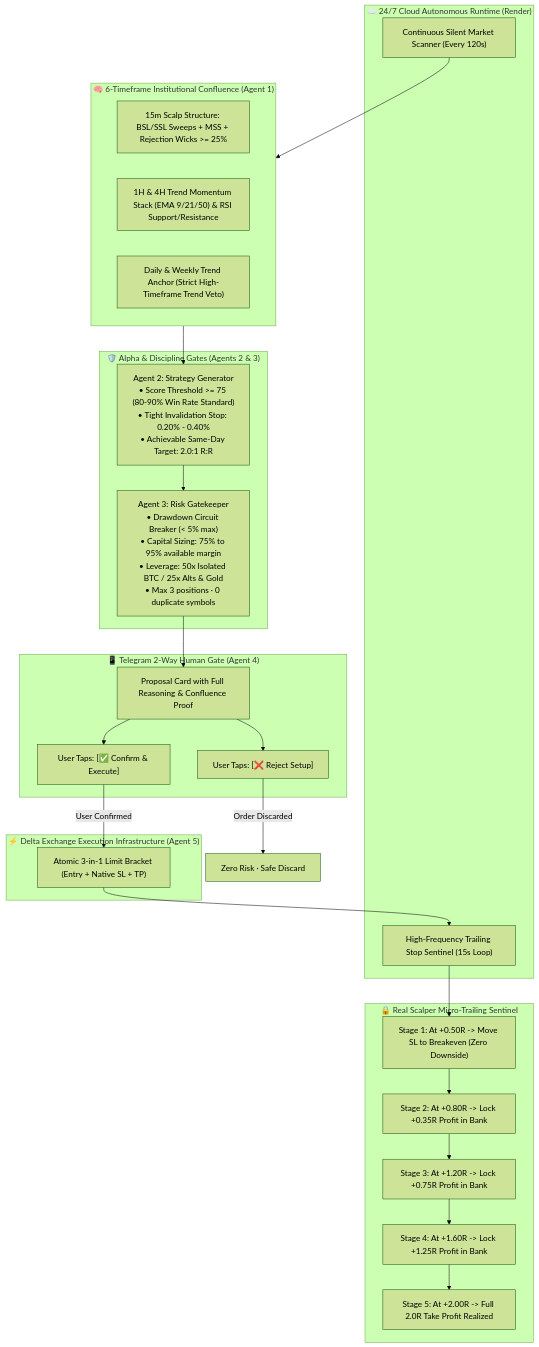
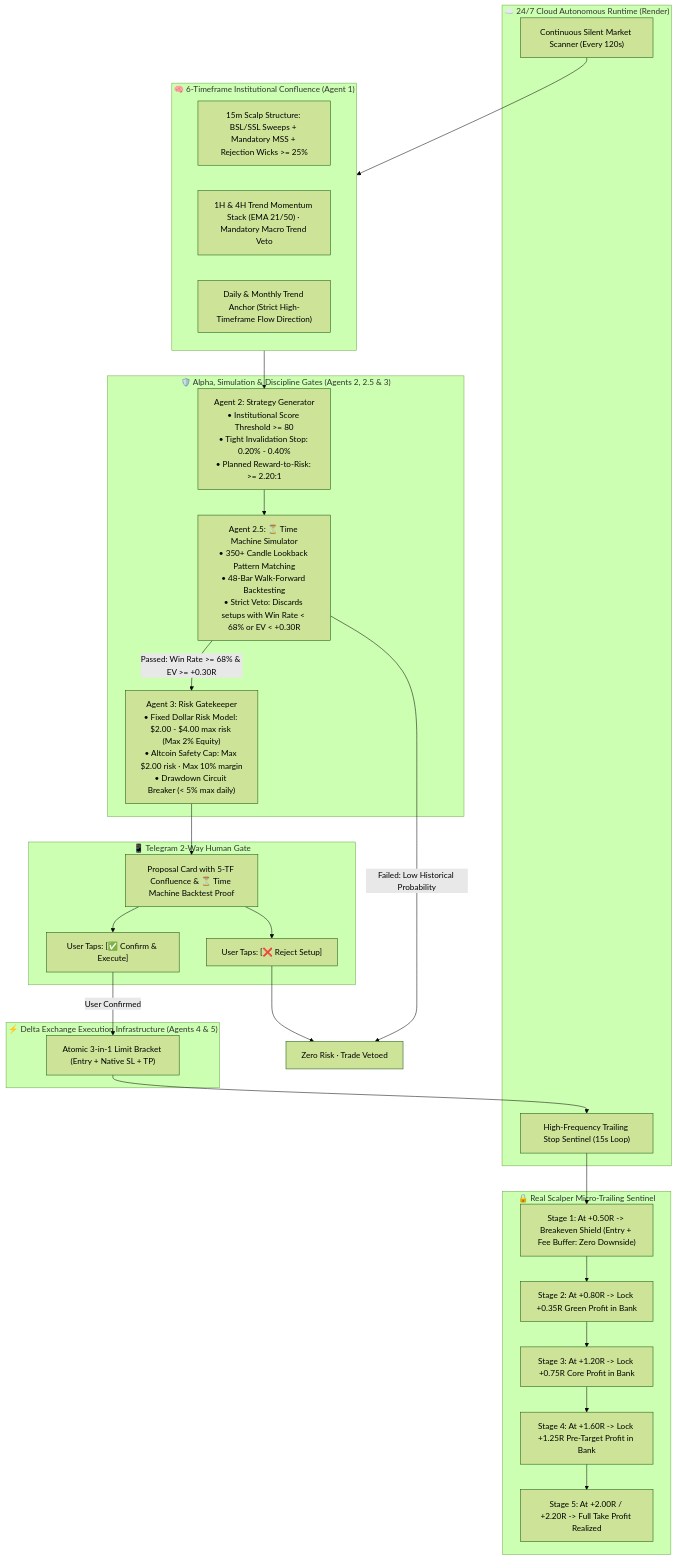
The diagram in README.md (mohitxhkr/Multi_agent_trading_bot), drawn with Mermaid (forest theme) before and after one commit. The commit also changed other lines of this file and 5 other files, not shown here.

Commit message:
docs: update downloadable architecture PNG (2400x1550) with Agent 2.5 Time Machine Simulator, update README, and push to GitHub

````diff
--- a/README.md
+++ b/README.md
@@ -36,51 +36,54 @@
 ```mermaid
 flowchart TD
     subgraph Cloud ["☁️ 24/7 Cloud Autonomous Runtime (Render)"]
         Scanner["Continuous Silent Market Scanner (Every 120s)"]
         Sentinel["High-Frequency Trailing Stop Sentinel (15s Loop)"]
     end
 
     subgraph Analyst ["🧠 6-Timeframe Institutional Confluence (Agent 1)"]
-        M15["15m Scalp Structure: BSL/SSL Sweeps + MSS + Rejection Wicks >= 25%"]
-        H1_H4["1H & 4H Trend Momentum Stack (EMA 9/21/50) & RSI Support/Resistance"]
-        D1_W1["Daily & Weekly Trend Anchor (Strict High-Timeframe Trend Veto)"]
+        M15["15m Scalp Structure: BSL/SSL Sweeps + Mandatory MSS + Rejection Wicks >= 25%"]
+        H1_H4["1H & 4H Trend Momentum Stack (EMA 21/50) · Mandatory Macro Trend Veto"]
+        D1_W1["Daily & Monthly Trend Anchor (Strict High-Timeframe Flow Direction)"]
     end
 
-    subgraph StrategyRisk ["🛡️ Alpha & Discipline Gates (Agents 2 & 3)"]
-        Strategy["Agent 2: Strategy Generator<br/>• Score Threshold >= 75 (80-90% Win Rate Standard)<br/>• Tight Invalidation Stop: 0.20% - 0.40%<br/>• Achievable Same-Day Target: 2.0:1 R:R"]
-        Risk["Agent 3: Risk Gatekeeper<br/>• Drawdown Circuit Breaker (< 5% max)<br/>• Capital Sizing: 75% to 95% available margin<br/>• Leverage: 50x Isolated BTC / 25x Alts & Gold<br/>• Max 3 positions · 0 duplicate symbols"]
+    subgraph StrategyRisk ["🛡️ Alpha, Simulation & Discipline Gates (Agents 2, 2.5 & 3)"]
+        Strategy["Agent 2: Strategy Generator<br/>• Institutional Score Threshold >= 80<br/>• Tight Invalidation Stop: 0.20% - 0.40%<br/>• Planned Reward-to-Risk: >= 2.20:1"]
+        TimeMachine["Agent 2.5: ⏳ Time Machine Simulator<br/>• 350+ Candle Lookback Pattern Matching<br/>• 48-Bar Walk-Forward Backtesting<br/>• Strict Veto: Discards setups with Win Rate < 68% or EV < +0.30R"]
+        Risk["Agent 3: Risk Gatekeeper<br/>• Fixed Dollar Risk Model: $2.00 - $4.00 max risk (Max 2% Equity)<br/>• Altcoin Safety Cap: Max $2.00 risk · Max 10% margin<br/>• Drawdown Circuit Breaker (< 5% max daily)"]
     end
 
-    subgraph TelegramGate ["📱 Telegram 2-Way Human Gate (Agent 4)"]
-        TG["Proposal Card with Full Reasoning & Confluence Proof"]
+    subgraph TelegramGate ["📱 Telegram 2-Way Human Gate"]
+        TG["Proposal Card with 5-TF Confluence & ⏳ Time Machine Backtest Proof"]
         Confirm["User Taps: [✅ Confirm & Execute]"]
         Reject["User Taps: [❌ Reject Setup]"]
     end
 
-    subgraph ExecutionBroker ["⚡ Delta Exchange Execution Infrastructure (Agent 5)"]
+    subgraph ExecutionBroker ["⚡ Delta Exchange Execution Infrastructure (Agents 4 & 5)"]
         Delta["Atomic 3-in-1 Limit Bracket (Entry + Native SL + TP)"]
     end
 
     subgraph TrailingShield ["🔒 Real Scalper Micro-Trailing Sentinel"]
-        M1["Stage 1: At +0.50R -> Move SL to Breakeven (Zero Downside)"]
-        M2["Stage 2: At +0.80R -> Lock +0.35R Profit in Bank"]
-        M3["Stage 3: At +1.20R -> Lock +0.75R Profit in Bank"]
-        M4["Stage 4: At +1.60R -> Lock +1.25R Profit in Bank"]
-        M5["Stage 5: At +2.00R -> Full 2.0R Take Profit Realized"]
+        M1["Stage 1: At +0.50R -> Breakeven Shield (Entry + Fee Buffer: Zero Downside)"]
+        M2["Stage 2: At +0.80R -> Lock +0.35R Green Profit in Bank"]
+        M3["Stage 3: At +1.20R -> Lock +0.75R Core Profit in Bank"]
+        M4["Stage 4: At +1.60R -> Lock +1.25R Pre-Target Profit in Bank"]
+        M5["Stage 5: At +2.00R / +2.20R -> Full Take Profit Realized"]
     end
 
     Scanner --> Analyst
     Analyst --> Strategy
-    Strategy --> Risk
+    Strategy --> TimeMachine
+    TimeMachine -->|Passed: Win Rate >= 68% & EV >= +0.30R| Risk
+    TimeMachine -->|Failed: Low Historical Probability| Cancelled["Zero Risk · Trade Vetoed"]
     Risk --> TG
     TG --> Confirm
     TG --> Reject
-    Reject -->|Order Discarded| Cancelled["Zero Risk · Safe Discard"]
+    Reject --> Cancelled
     Confirm -->|User Confirmed| Delta
     Delta --> Sentinel
     Sentinel --> M1
     M1 --> M2
     M2 --> M3
     M3 --> M4
     M4 --> M5
 ```
````
